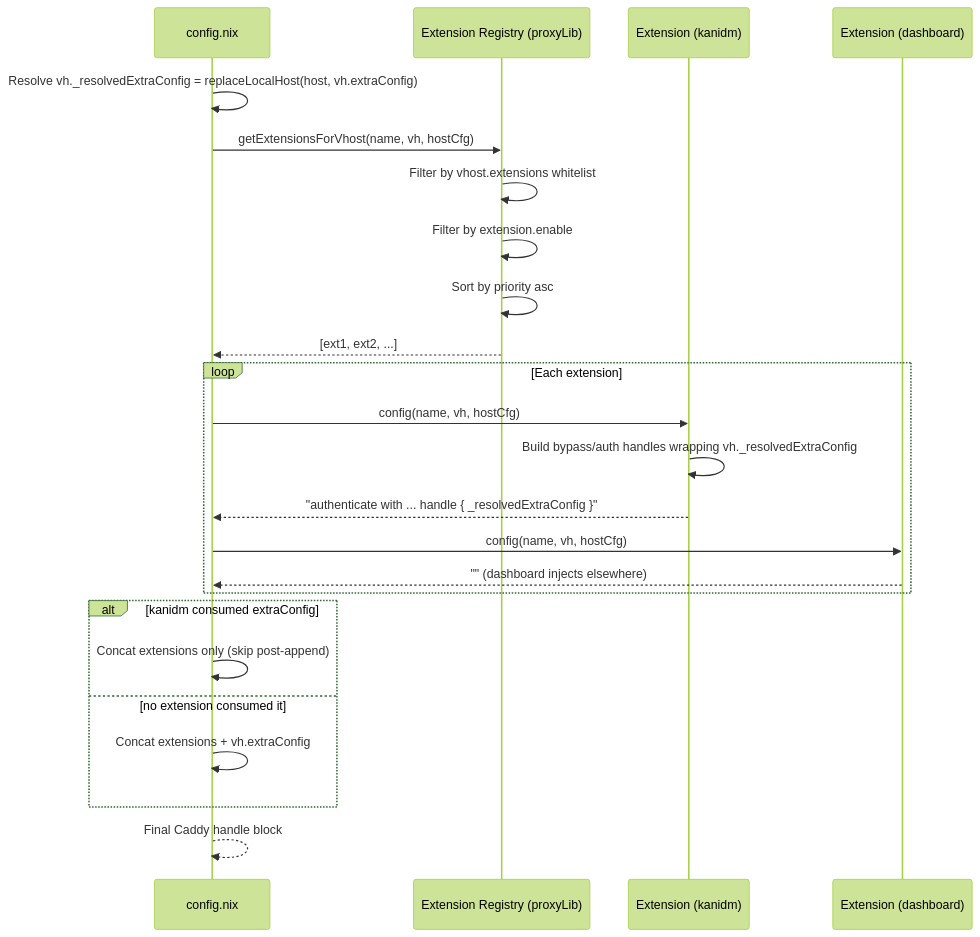
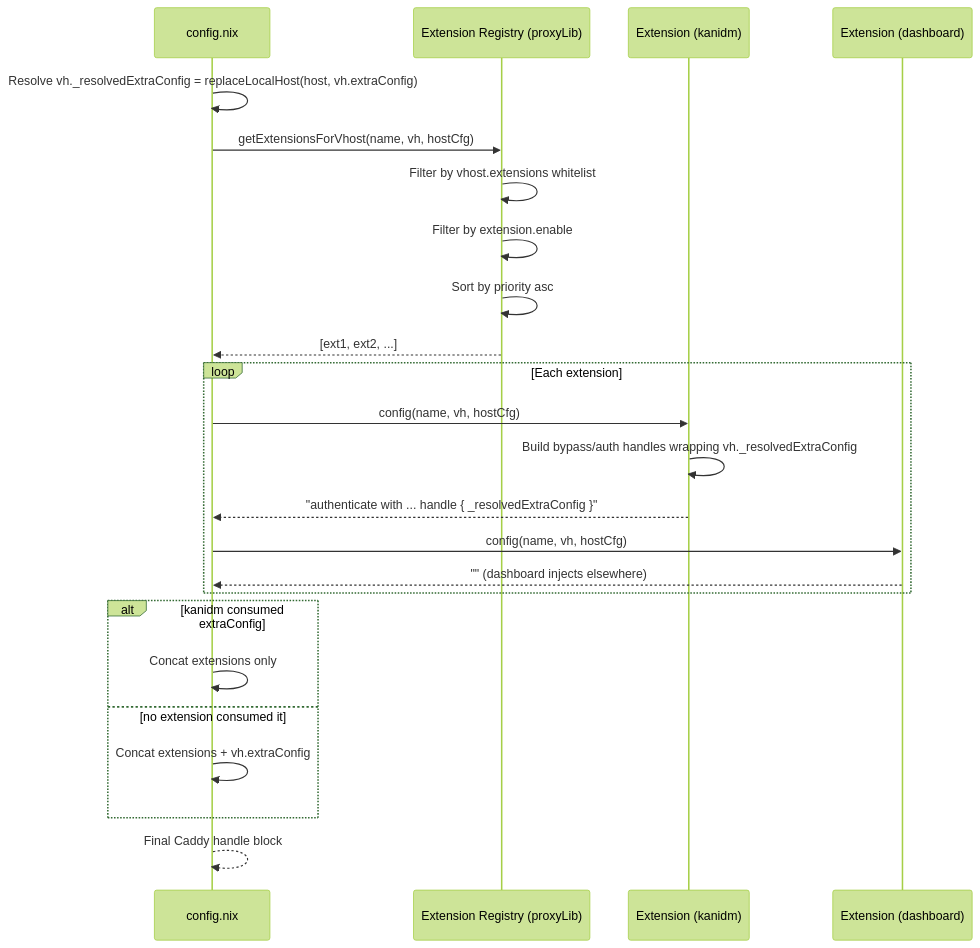
The second of 2 diagrams in openspec/changes/proxy-extension-registry/design.md (DaRacci/nix-config), drawn with Mermaid (forest theme) before and after one commit. The commit also changed other lines of this file and 3 other files, not shown here.

````diff
--- a/openspec/changes/proxy-extension-registry/design.md
+++ b/openspec/changes/proxy-extension-registry/design.md
@@ -324,29 +279,29 @@
 ```mermaid
 sequenceDiagram
     participant CFG as config.nix
     participant REG as Extension Registry (proxyLib)
     participant E1 as Extension (kanidm)
     participant E2 as Extension (dashboard)
 
     CFG->>CFG: Resolve vh._resolvedExtraConfig = replaceLocalHost(host, vh.extraConfig)
     CFG->>REG: getExtensionsForVhost(name, vh, hostCfg)
     REG->>REG: Filter by vhost.extensions whitelist
     REG->>REG: Filter by extension.enable
     REG->>REG: Sort by priority asc
     REG-->>CFG: [ext1, ext2, ...]
 
     loop Each extension
         CFG->>E1: config(name, vh, hostCfg)
         E1->>E1: Build bypass/auth handles wrapping vh._resolvedExtraConfig
         E1-->>CFG: "authenticate with ... handle { _resolvedExtraConfig }"
         CFG->>E2: config(name, vh, hostCfg)
         E2-->>CFG: "" (dashboard injects elsewhere)
     end
 
     alt kanidm consumed extraConfig
-        CFG->>CFG: Concat extensions only (skip post-append)
+        CFG->>CFG: Concat extensions only
     else no extension consumed it
         CFG->>CFG: Concat extensions + vh.extraConfig
     end
     CFG-->>CFG: Final Caddy handle block
 ```
````
